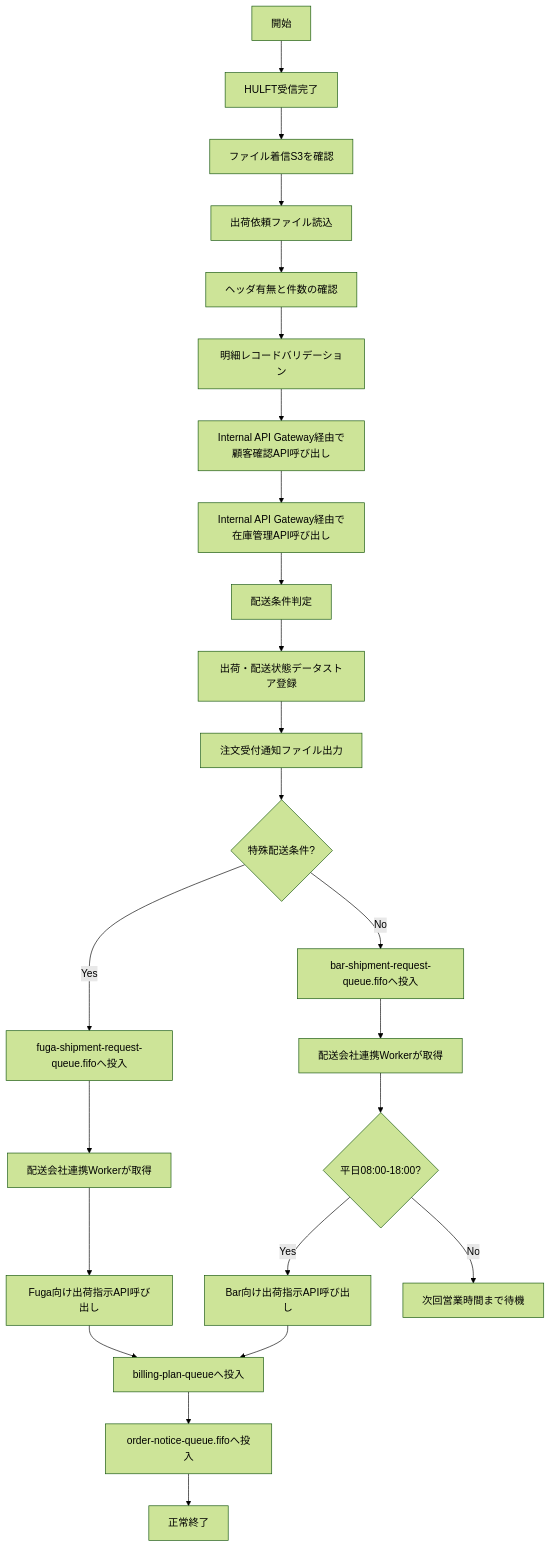
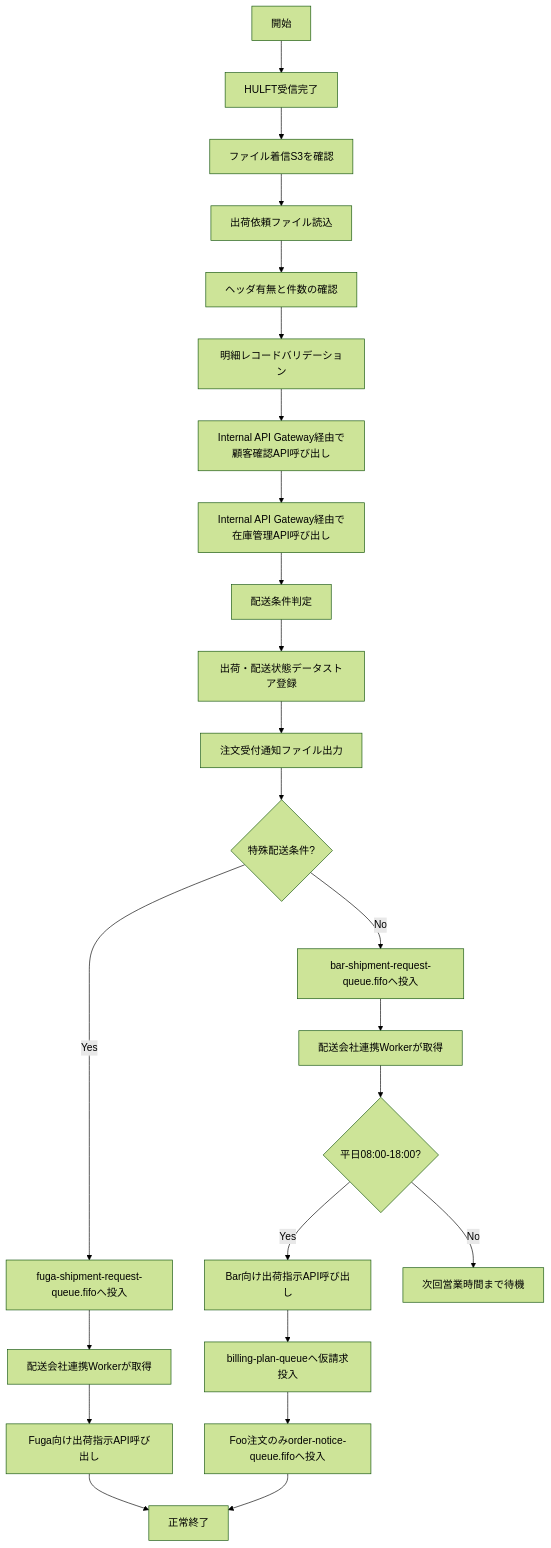
The second of 3 diagrams in docs/要件定義/システム間連携図.md (CalorieMateEater/training-project-logistics-company), drawn with Mermaid (forest theme) before and after one commit. The commit also changed 66 other files, not shown here.

````diff
--- a/docs/要件定義/システム間連携図.md
+++ b/docs/要件定義/システム間連携図.md
@@ -193,26 +193,26 @@
 ```mermaid
 flowchart TD
     S["開始"] --> F0["HULFT受信完了"]
     F0 --> F1["ファイル着信S3を確認"]
     F1 --> F2["出荷依頼ファイル読込"]
     F2 --> V1["ヘッダ有無と件数の確認"]
     V1 --> V2["明細レコードバリデーション"]
     V2 --> C1["Internal API Gateway経由で顧客確認API呼び出し"]
     C1 --> D1["Internal API Gateway経由で在庫管理API呼び出し"]
     D1 --> R1["配送条件判定"]
     R1 --> DB1["出荷・配送状態データストア登録"]
     DB1 --> A1["注文受付通知ファイル出力"]
     A1 --> T0{"特殊配送条件?"}
     T0 -->|Yes| F1Q["fuga-shipment-request-queue.fifoへ投入"]
     F1Q --> WK1["配送会社連携Workerが取得"]
     WK1 --> F2A["Fuga向け出荷指示API呼び出し"]
     T0 -->|No| B1Q["bar-shipment-request-queue.fifoへ投入"]
     B1Q --> WK2["配送会社連携Workerが取得"]
     WK2 --> T1{"平日08:00-18:00?"}
     T1 -->|Yes| B1A["Bar向け出荷指示API呼び出し"]
     T1 -->|No| B1W["次回営業時間まで待機"]
-    F2A --> N1["billing-plan-queueへ投入"]
-    B1A --> N1
-    N1 --> N2["order-notice-queue.fifoへ投入"]
+    F2A --> E["正常終了"]
+    B1A --> N1["billing-plan-queueへ仮請求投入"]
+    N1 --> N2["Foo注文のみorder-notice-queue.fifoへ投入"]
     N2 --> E["正常終了"]
 ```
````
